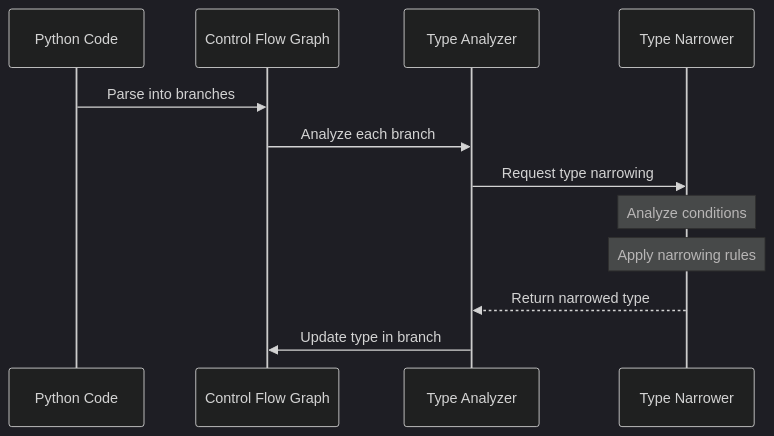
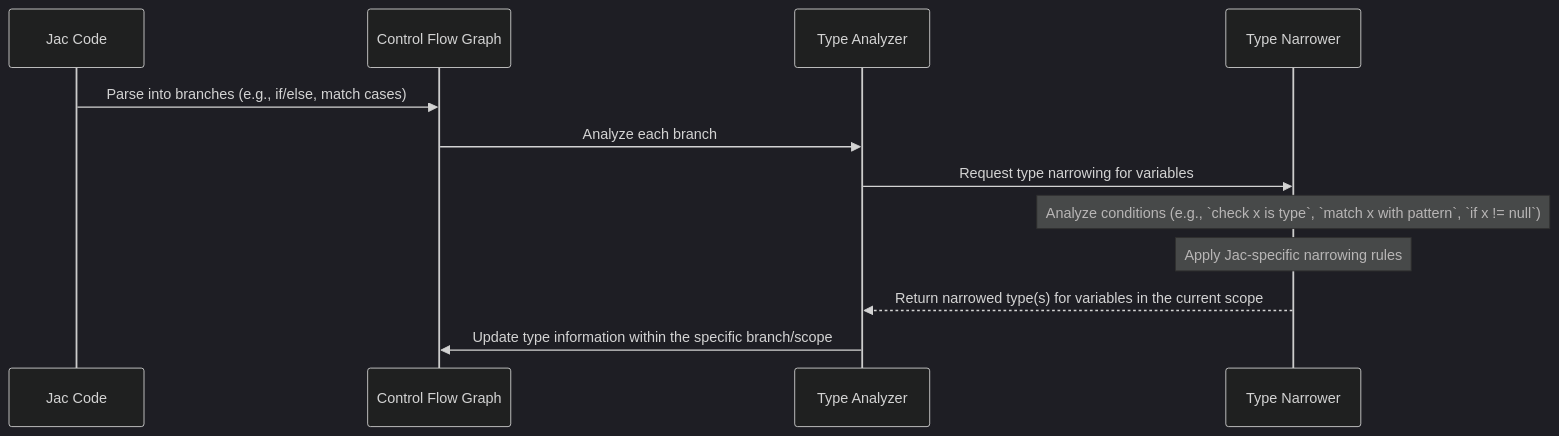
One commit to Jaseci-Labs/jaseci changed the fifth of 6 diagrams in docs/docs/internals/planning_specs/native_type_system/lets_build.md. Above: the diagram before and after it, drawn with Mermaid (dark theme). The commit also changed other lines of this file, not shown here.

Commit message:
docs: Type checker lets build updated for jac

````diff
--- a/docs/docs/internals/planning_specs/native_type_system/lets_build.md
+++ b/docs/docs/internals/planning_specs/native_type_system/lets_build.md
@@ -592,15 +763,15 @@
 ```mermaid
 sequenceDiagram
-    participant Code as Python Code
+    participant JacCode as Jac Code
     participant CFG as Control Flow Graph
     participant Analyzer as Type Analyzer
     participant Narrower as Type Narrower
 
-    Code->>CFG: Parse into branches
+    JacCode->>CFG: Parse into branches (e.g., if/else, match cases)
     CFG->>Analyzer: Analyze each branch
-    Analyzer->>Narrower: Request type narrowing
-    Note over Narrower: Analyze conditions
-    Note over Narrower: Apply narrowing rules
-    Narrower-->>Analyzer: Return narrowed type
-    Analyzer->>CFG: Update type in branch
+    Analyzer->>Narrower: Request type narrowing for variables
+    Note over Narrower: Analyze conditions (e.g., `check x is type`, `match x with pattern`, `if x != null`)
+    Note over Narrower: Apply Jac-specific narrowing rules
+    Narrower-->>Analyzer: Return narrowed type(s) for variables in the current scope
+    Analyzer->>CFG: Update type information within the specific branch/scope
 ```
````
